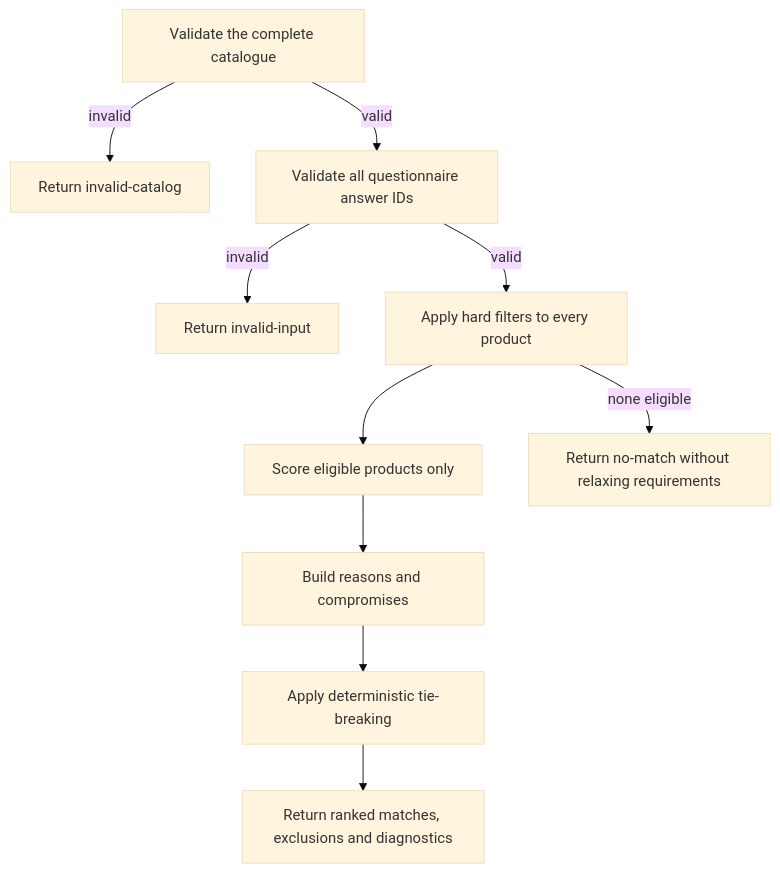
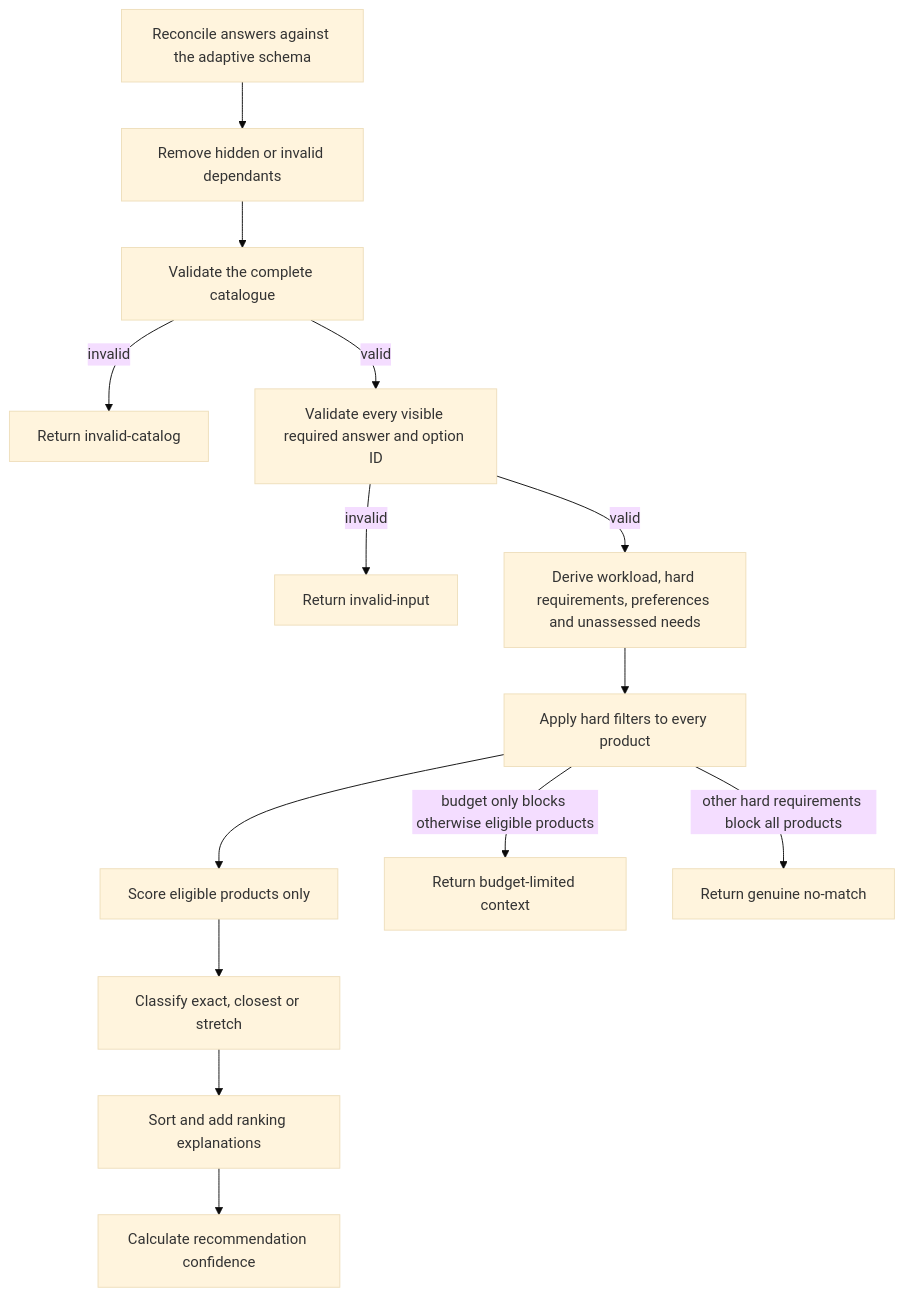
One commit to taufeeqahmed-dev/Apple-Product-recommender changed the diagram in docs/algorithm.md. Above: the diagram before and after it, drawn with Mermaid (base theme). The commit also changed other lines of this file and 15 other files, not shown here.

````diff
--- a/docs/algorithm.md
+++ b/docs/algorithm.md
@@ -12,12 +18,16 @@
 ```mermaid
 flowchart TD
-  A["Validate the complete catalogue"] -->|invalid| B["Return invalid-catalog"]
-  A -->|valid| C["Validate all questionnaire answer IDs"]
-  C -->|invalid| D["Return invalid-input"]
-  C -->|valid| E["Apply hard filters to every product"]
-  E --> F["Score eligible products only"]
-  F --> G["Build reasons and compromises"]
-  G --> H["Apply deterministic tie-breaking"]
-  H --> I["Return ranked matches, exclusions and diagnostics"]
-  E -->|none eligible| J["Return no-match without relaxing requirements"]
+  A["Reconcile answers against the adaptive schema"] --> B["Remove hidden or invalid dependants"]
+  B --> C["Validate the complete catalogue"]
+  C -->|invalid| D["Return invalid-catalog"]
+  C -->|valid| E["Validate every visible required answer and option ID"]
+  E -->|invalid| F["Return invalid-input"]
+  E -->|valid| G["Derive workload, hard requirements, preferences and unassessed needs"]
+  G --> H["Apply hard filters to every product"]
+  H --> I["Score eligible products only"]
+  I --> J["Classify exact, closest or stretch"]
+  J --> K["Sort and add ranking explanations"]
+  K --> L["Calculate recommendation confidence"]
+  H -->|budget only blocks otherwise eligible products| M["Return budget-limited context"]
+  H -->|other hard requirements block all products| N["Return genuine no-match"]
 ```
````
